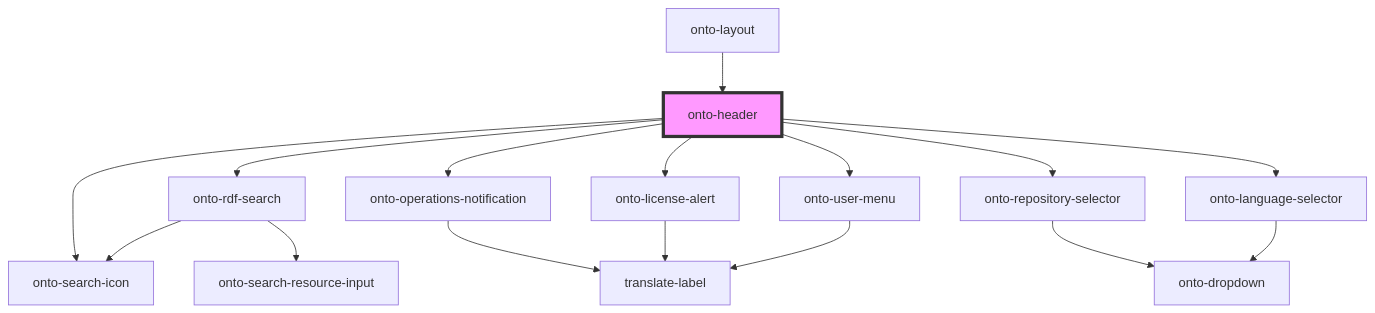
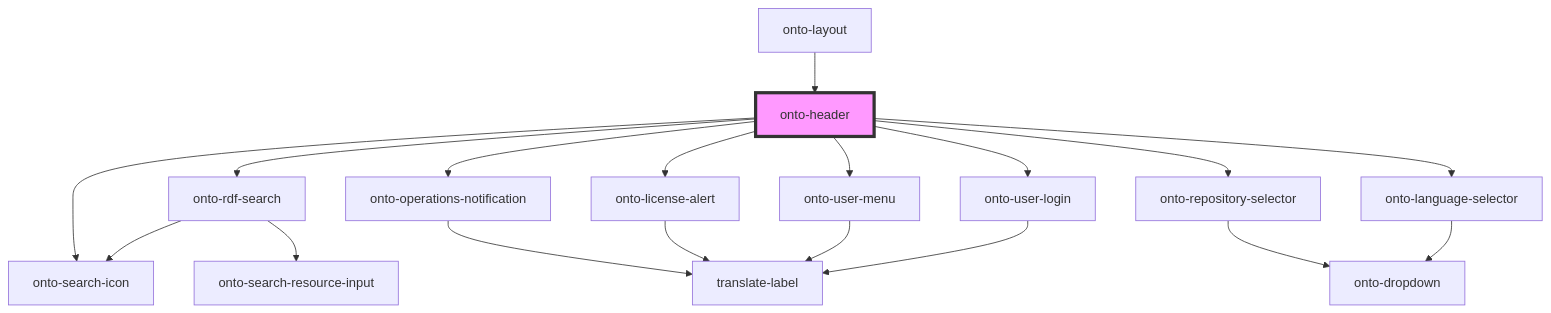
Before and after one commit to Ontotext-AD/graphdb-workbench: the diagram in packages/shared-components/src/components/onto-header/readme.md, drawn with Mermaid. The commit also changed other lines of this file and 54 other files, not shown here.

````diff
--- a/packages/shared-components/src/components/onto-header/readme.md
+++ b/packages/shared-components/src/components/onto-header/readme.md
@@ -31,19 +32,21 @@
 ```mermaid
 graph TD;
   onto-header --> onto-search-icon
   onto-header --> onto-rdf-search
   onto-header --> onto-operations-notification
   onto-header --> onto-license-alert
   onto-header --> onto-repository-selector
   onto-header --> onto-user-menu
+  onto-header --> onto-user-login
   onto-header --> onto-language-selector
   onto-rdf-search --> onto-search-resource-input
   onto-rdf-search --> onto-search-icon
   onto-operations-notification --> translate-label
   onto-license-alert --> translate-label
   onto-repository-selector --> onto-dropdown
   onto-user-menu --> translate-label
+  onto-user-login --> translate-label
   onto-language-selector --> onto-dropdown
   onto-layout --> onto-header
   style onto-header fill:#f9f,stroke:#333,stroke-width:4px
 ```
````
